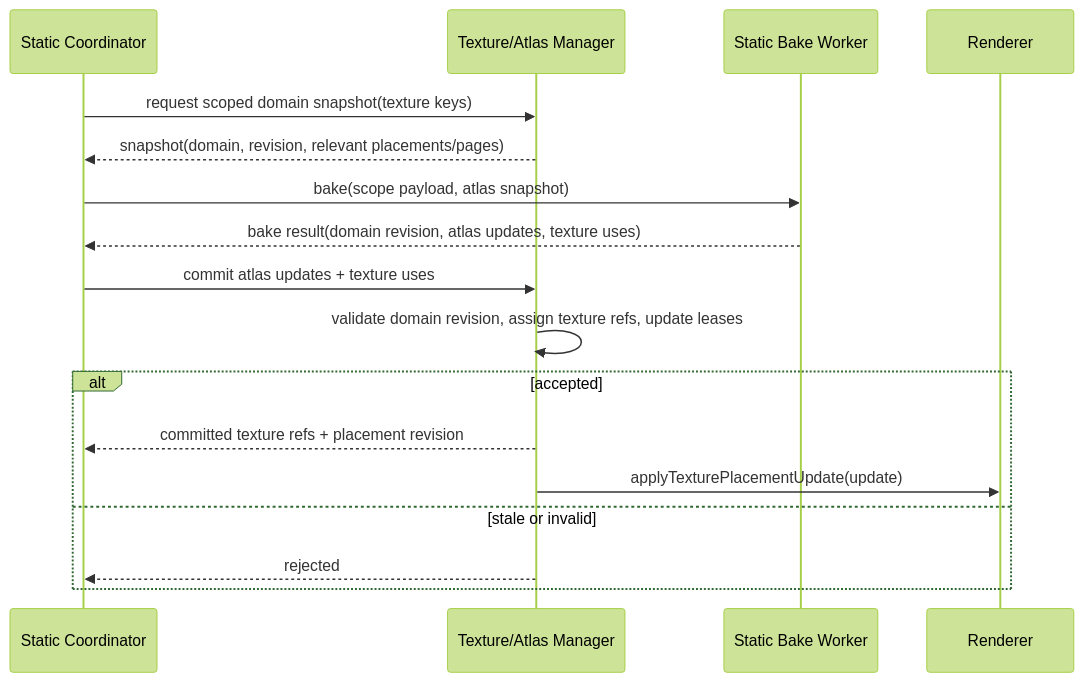
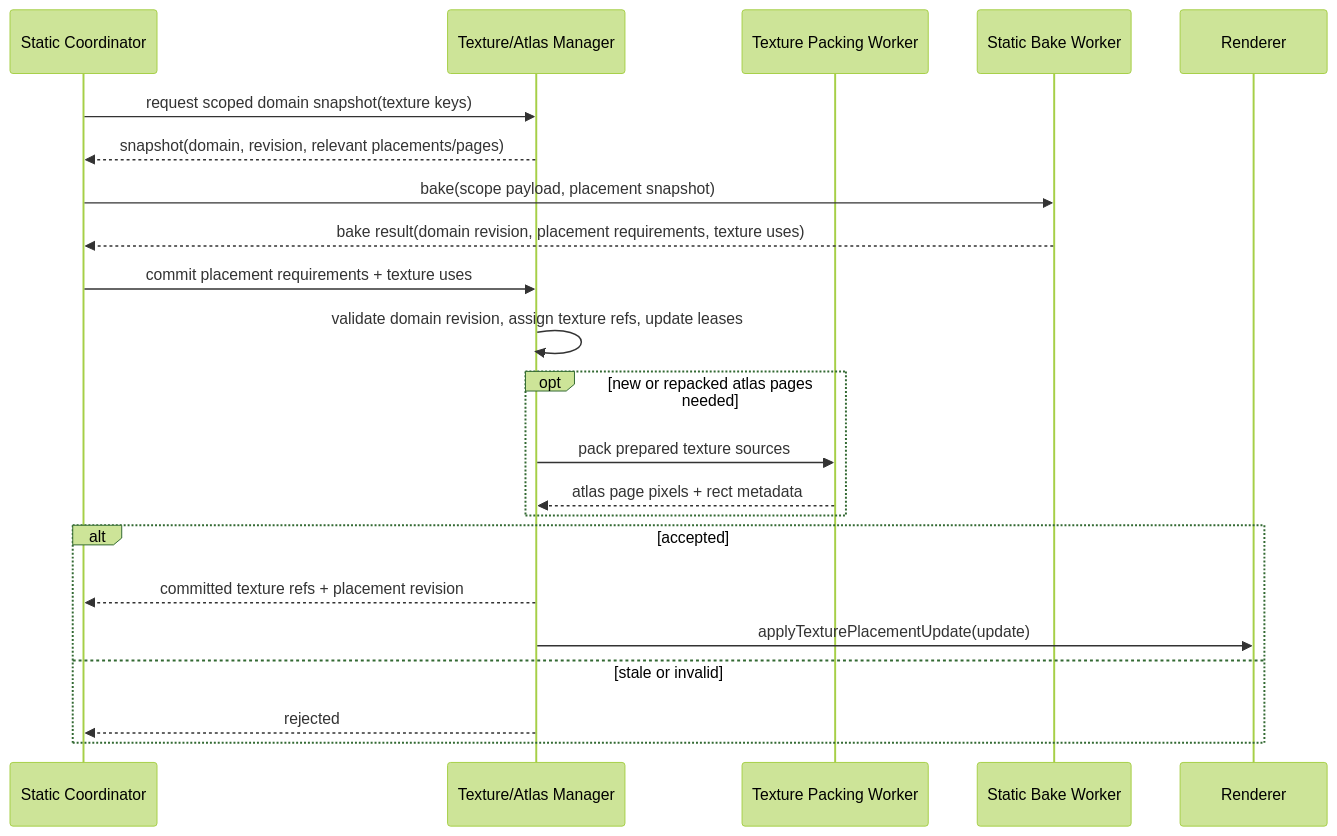
Diagram 16 of 22 in docs/plans/holtburger-3d-frontend-v2-design.md (merklejerk/holtburger), drawn with Mermaid (forest theme) before and after one commit. The commit also changed other lines of this file and 9 other files, not shown here.

````diff
--- a/docs/plans/holtburger-3d-frontend-v2-design.md
+++ b/docs/plans/holtburger-3d-frontend-v2-design.md
@@ -1008,20 +1015,25 @@
 ```mermaid
 sequenceDiagram
   participant Static as Static Coordinator
   participant Atlas as Texture/Atlas Manager
+  participant Packer as Texture Packing Worker
   participant Baker as Static Bake Worker
   participant Renderer as Renderer
 
   Static->>Atlas: request scoped domain snapshot(texture keys)
   Atlas-->>Static: snapshot(domain, revision, relevant placements/pages)
-  Static->>Baker: bake(scope payload, atlas snapshot)
-  Baker-->>Static: bake result(domain revision, atlas updates, texture uses)
-  Static->>Atlas: commit atlas updates + texture uses
+  Static->>Baker: bake(scope payload, placement snapshot)
+  Baker-->>Static: bake result(domain revision, placement requirements, texture uses)
+  Static->>Atlas: commit placement requirements + texture uses
   Atlas->>Atlas: validate domain revision, assign texture refs, update leases
+  opt new or repacked atlas pages needed
+    Atlas->>Packer: pack prepared texture sources
+    Packer-->>Atlas: atlas page pixels + rect metadata
+  end
   alt accepted
     Atlas-->>Static: committed texture refs + placement revision
     Atlas->>Renderer: applyTexturePlacementUpdate(update)
   else stale or invalid
     Atlas-->>Static: rejected
   end
 ```
````
